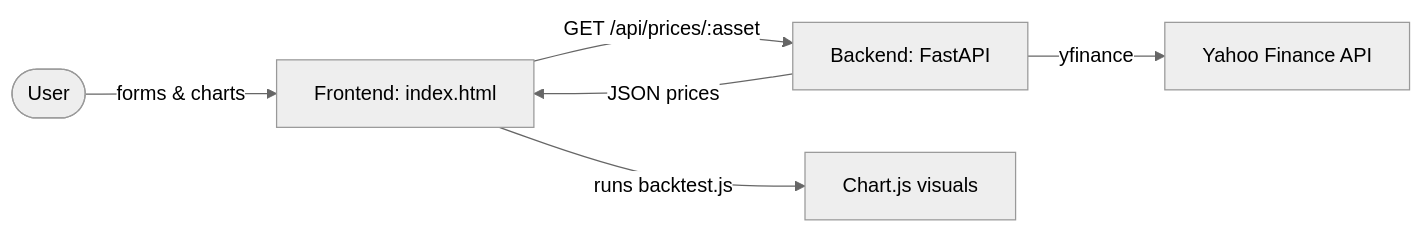
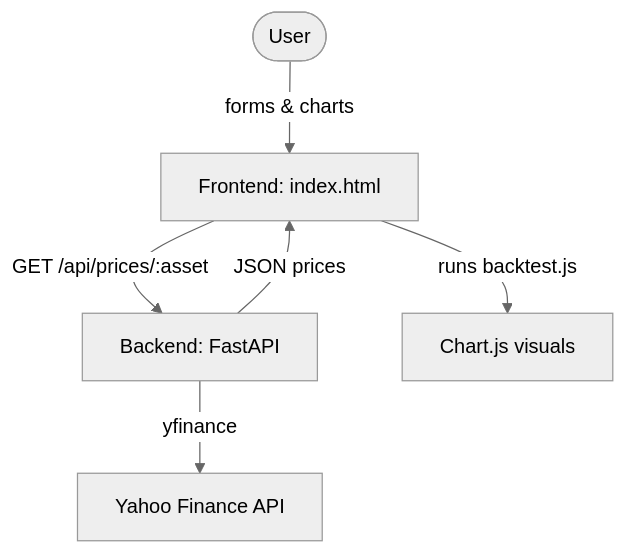
One commit to miumigy/dipdca changed the first of 2 diagrams in README.md. Above: the diagram before and after it, drawn with Mermaid (neutral theme).

Commit message:
Switch Mermaid architecture chart to vertical flow

````diff
--- a/README.md
+++ b/README.md
@@ -33,14 +33,14 @@
 ```mermaid
-flowchart LR
+flowchart TD
   user([User])
   fe[Frontend: index.html]
   be[Backend: FastAPI]
   yf[Yahoo Finance API]
   charts[Chart.js visuals]
 
   user -->|forms & charts| fe
   fe -->|GET /api/prices/:asset| be
   be -->|yfinance| yf
   be -->|JSON prices| fe
   fe -->|runs backtest.js| charts
 ```
````
